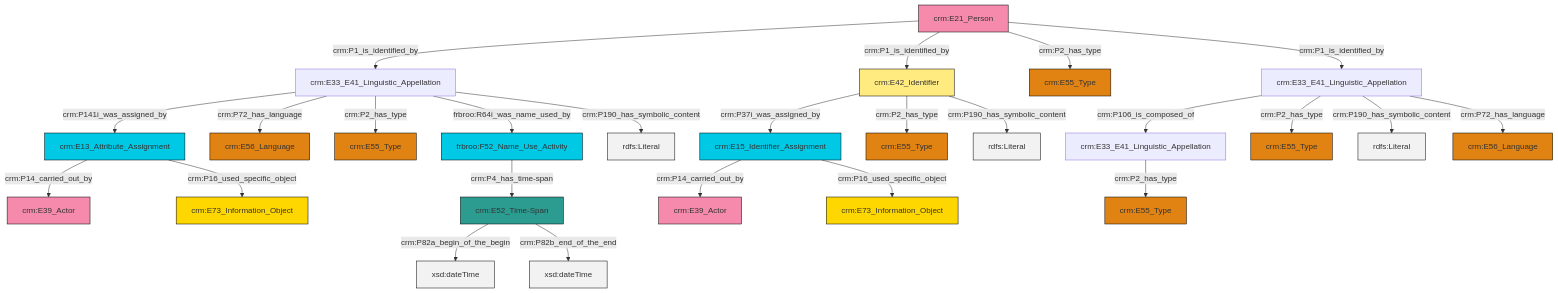
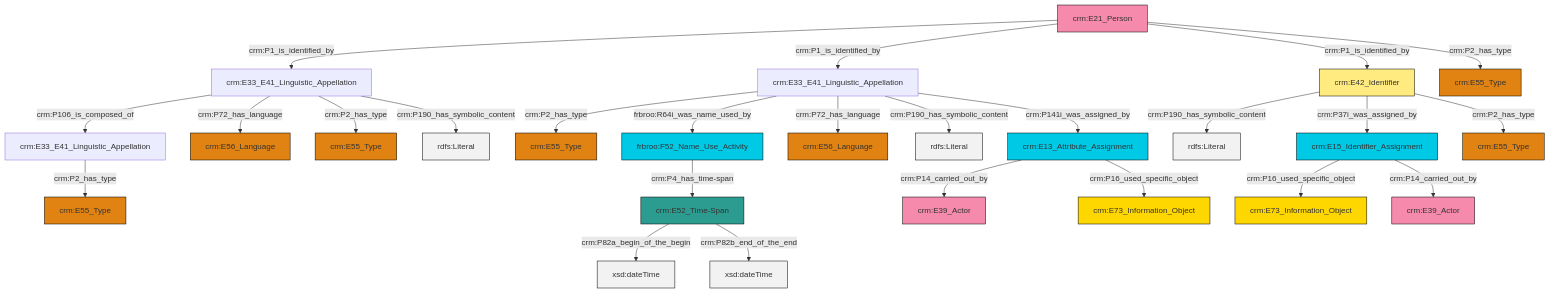
The diagram in et/personCSV/ttl/mmd/Person_Names_and_Classification.ttl.mmd (swiss-art-research-net/docs.swissartresearch), drawn with Mermaid before and after one commit. The commit also changed 177 other files, not shown here.

```diff
--- a/et/personCSV/ttl/mmd/Person_Names_and_Classification.ttl.mmd
+++ b/et/personCSV/ttl/mmd/Person_Names_and_Classification.ttl.mmd
@@ -1,39 +1,39 @@
 graph TD
 classDef Literal fill:#f2f2f2,stroke:#000000;
 classDef CRM_Entity fill:#FFFFFF,stroke:#000000;
 classDef Temporal_Entity fill:#00C9E6, stroke:#000000;
 classDef Type fill:#E18312, stroke:#000000;
 classDef Time-Span fill:#2C9C91, stroke:#000000;
 classDef Appellation fill:#FFEB7F, stroke:#000000;
 classDef Place fill:#008836, stroke:#000000;
 classDef Persistent_Item fill:#B266B2, stroke:#000000;
 classDef Conceptual_Object fill:#FFD700, stroke:#000000;
 classDef Physical_Thing fill:#D2B48C, stroke:#000000;
 classDef Actor fill:#f58aad, stroke:#000000;
 classDef PC_Classes fill:#4ce600, stroke:#000000;
 classDef Multi fill:#cccccc,stroke:#000000;
 
-0["crm:E33_E41_Linguistic_Appellation"]:::Default -->|crm:P141i_was_assigned_by| 1["crm:E13_Attribute_Assignment"]:::Temporal_Entity
+0["crm:E33_E41_Linguistic_Appellation"]:::Default -->|crm:P2_has_type| 1["crm:E55_Type"]:::Type
+6["crm:E15_Identifier_Assignment"]:::Temporal_Entity -->|crm:P16_used_specific_object| 7["crm:E73_Information_Object"]:::Conceptual_Object
+8["crm:E33_E41_Linguistic_Appellation"]:::Default -->|crm:P106_is_composed_of| 9["crm:E33_E41_Linguistic_Appellation"]:::Default
+0["crm:E33_E41_Linguistic_Appellation"]:::Default -->|frbroo:R64i_was_name_used_by| 13["frbroo:F52_Name_Use_Activity"]:::Temporal_Entity
+9["crm:E33_E41_Linguistic_Appellation"]:::Default -->|crm:P2_has_type| 14["crm:E55_Type"]:::Type
+8["crm:E33_E41_Linguistic_Appellation"]:::Default -->|crm:P72_has_language| 4["crm:E56_Language"]:::Type
+0["crm:E33_E41_Linguistic_Appellation"]:::Default -->|crm:P72_has_language| 15["crm:E56_Language"]:::Type
+11["crm:E42_Identifier"]:::Appellation -->|crm:P190_has_symbolic_content| 17[rdfs:Literal]:::Literal
+0["crm:E33_E41_Linguistic_Appellation"]:::Default -->|crm:P190_has_symbolic_content| 20[rdfs:Literal]:::Literal
+11["crm:E42_Identifier"]:::Appellation -->|crm:P37i_was_assigned_by| 6["crm:E15_Identifier_Assignment"]:::Temporal_Entity
+18["crm:E13_Attribute_Assignment"]:::Temporal_Entity -->|crm:P14_carried_out_by| 21["crm:E39_Actor"]:::Actor
+18["crm:E13_Attribute_Assignment"]:::Temporal_Entity -->|crm:P16_used_specific_object| 28["crm:E73_Information_Object"]:::Conceptual_Object
+6["crm:E15_Identifier_Assignment"]:::Temporal_Entity -->|crm:P14_carried_out_by| 32["crm:E39_Actor"]:::Actor
+8["crm:E33_E41_Linguistic_Appellation"]:::Default -->|crm:P2_has_type| 25["crm:E55_Type"]:::Type
+2["crm:E21_Person"]:::Actor -->|crm:P1_is_identified_by| 8["crm:E33_E41_Linguistic_Appellation"]:::Default
+0["crm:E33_E41_Linguistic_Appellation"]:::Default -->|crm:P141i_was_assigned_by| 18["crm:E13_Attribute_Assignment"]:::Temporal_Entity
+13["frbroo:F52_Name_Use_Activity"]:::Temporal_Entity -->|crm:P4_has_time-span| 33["crm:E52_Time-Span"]:::Time-Span
 2["crm:E21_Person"]:::Actor -->|crm:P1_is_identified_by| 0["crm:E33_E41_Linguistic_Appellation"]:::Default
-3["crm:E33_E41_Linguistic_Appellation"]:::Default -->|crm:P106_is_composed_of| 4["crm:E33_E41_Linguistic_Appellation"]:::Default
-5["crm:E52_Time-Span"]:::Time-Span -->|crm:P82a_begin_of_the_begin| 6[xsd:dateTime]:::Literal
-3["crm:E33_E41_Linguistic_Appellation"]:::Default -->|crm:P2_has_type| 7["crm:E55_Type"]:::Type
-0["crm:E33_E41_Linguistic_Appellation"]:::Default -->|crm:P72_has_language| 10["crm:E56_Language"]:::Type
-17["crm:E15_Identifier_Assignment"]:::Temporal_Entity -->|crm:P14_carried_out_by| 21["crm:E39_Actor"]:::Actor
-0["crm:E33_E41_Linguistic_Appellation"]:::Default -->|crm:P2_has_type| 23["crm:E55_Type"]:::Type
-2["crm:E21_Person"]:::Actor -->|crm:P1_is_identified_by| 19["crm:E42_Identifier"]:::Appellation
-3["crm:E33_E41_Linguistic_Appellation"]:::Default -->|crm:P190_has_symbolic_content| 30[rdfs:Literal]:::Literal
-17["crm:E15_Identifier_Assignment"]:::Temporal_Entity -->|crm:P16_used_specific_object| 8["crm:E73_Information_Object"]:::Conceptual_Object
-2["crm:E21_Person"]:::Actor -->|crm:P2_has_type| 27["crm:E55_Type"]:::Type
-0["crm:E33_E41_Linguistic_Appellation"]:::Default -->|frbroo:R64i_was_name_used_by| 31["frbroo:F52_Name_Use_Activity"]:::Temporal_Entity
-5["crm:E52_Time-Span"]:::Time-Span -->|crm:P82b_end_of_the_end| 32[xsd:dateTime]:::Literal
-1["crm:E13_Attribute_Assignment"]:::Temporal_Entity -->|crm:P14_carried_out_by| 15["crm:E39_Actor"]:::Actor
-1["crm:E13_Attribute_Assignment"]:::Temporal_Entity -->|crm:P16_used_specific_object| 33["crm:E73_Information_Object"]:::Conceptual_Object
-4["crm:E33_E41_Linguistic_Appellation"]:::Default -->|crm:P2_has_type| 13["crm:E55_Type"]:::Type
-2["crm:E21_Person"]:::Actor -->|crm:P1_is_identified_by| 3["crm:E33_E41_Linguistic_Appellation"]:::Default
-31["frbroo:F52_Name_Use_Activity"]:::Temporal_Entity -->|crm:P4_has_time-span| 5["crm:E52_Time-Span"]:::Time-Span
-19["crm:E42_Identifier"]:::Appellation -->|crm:P37i_was_assigned_by| 17["crm:E15_Identifier_Assignment"]:::Temporal_Entity
-19["crm:E42_Identifier"]:::Appellation -->|crm:P2_has_type| 38["crm:E55_Type"]:::Type
-3["crm:E33_E41_Linguistic_Appellation"]:::Default -->|crm:P72_has_language| 11["crm:E56_Language"]:::Type
-19["crm:E42_Identifier"]:::Appellation -->|crm:P190_has_symbolic_content| 45[rdfs:Literal]:::Literal
-0["crm:E33_E41_Linguistic_Appellation"]:::Default -->|crm:P190_has_symbolic_content| 46[rdfs:Literal]:::Literal
+2["crm:E21_Person"]:::Actor -->|crm:P1_is_identified_by| 11["crm:E42_Identifier"]:::Appellation
+8["crm:E33_E41_Linguistic_Appellation"]:::Default -->|crm:P190_has_symbolic_content| 38[rdfs:Literal]:::Literal
+33["crm:E52_Time-Span"]:::Time-Span -->|crm:P82a_begin_of_the_begin| 39[xsd:dateTime]:::Literal
+2["crm:E21_Person"]:::Actor -->|crm:P2_has_type| 40["crm:E55_Type"]:::Type
+11["crm:E42_Identifier"]:::Appellation -->|crm:P2_has_type| 36["crm:E55_Type"]:::Type
+33["crm:E52_Time-Span"]:::Time-Span -->|crm:P82b_end_of_the_end| 42[xsd:dateTime]:::Literal
```
